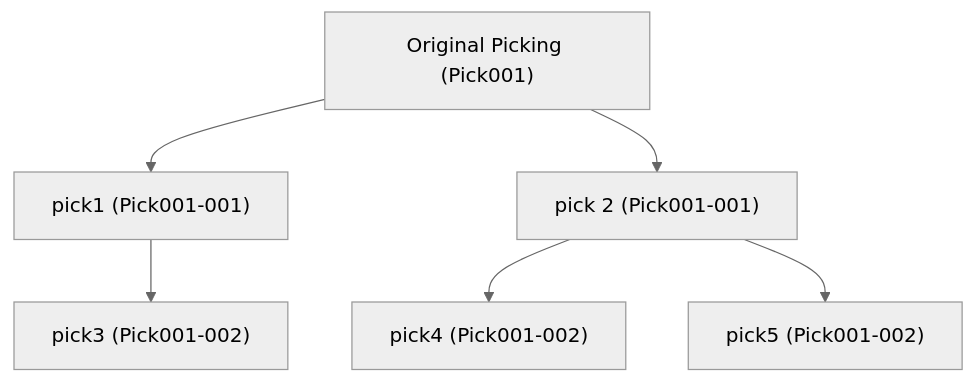
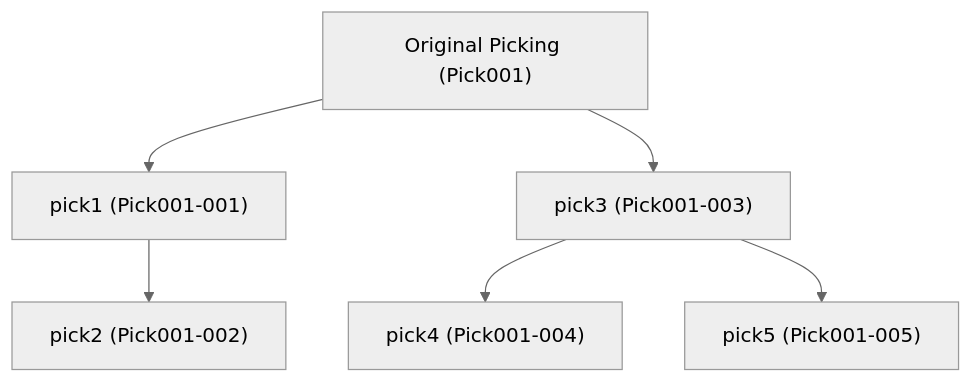
Before and after one commit to unipartdigital/udes-open: the diagram in addons/udes_stock/README.md, drawn with Mermaid (neutral theme). The commit also changed other lines of this file and 2 other files, not shown here.

````diff
--- a/addons/udes_stock/README.md
+++ b/addons/udes_stock/README.md
@@ -295,8 +295,8 @@
 ```mermaid
 graph TD;
     A["Original Picking (Pick001)"] --> B["pick1 (Pick001-001)"];
-    A --> C["pick 2  (Pick001-001)"];
-    B --> D["pick3  (Pick001-002)"];
-    C --> E["pick4  (Pick001-002)"];
-    C --> F["pick5  (Pick001-002)"];
+    A --> C["pick3  (Pick001-003)"];
+    B --> D["pick2  (Pick001-002)"];
+    C --> E["pick4  (Pick001-004)"];
+    C --> F["pick5  (Pick001-005)"];
 ```
````
